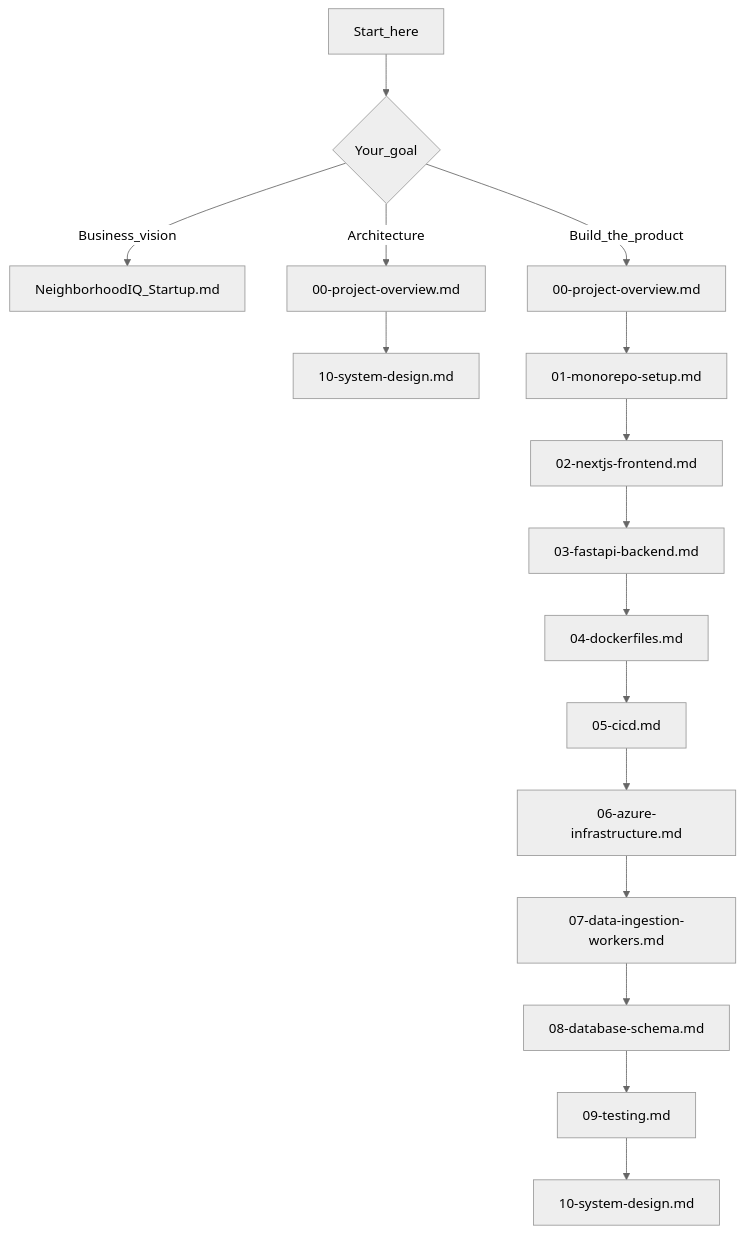
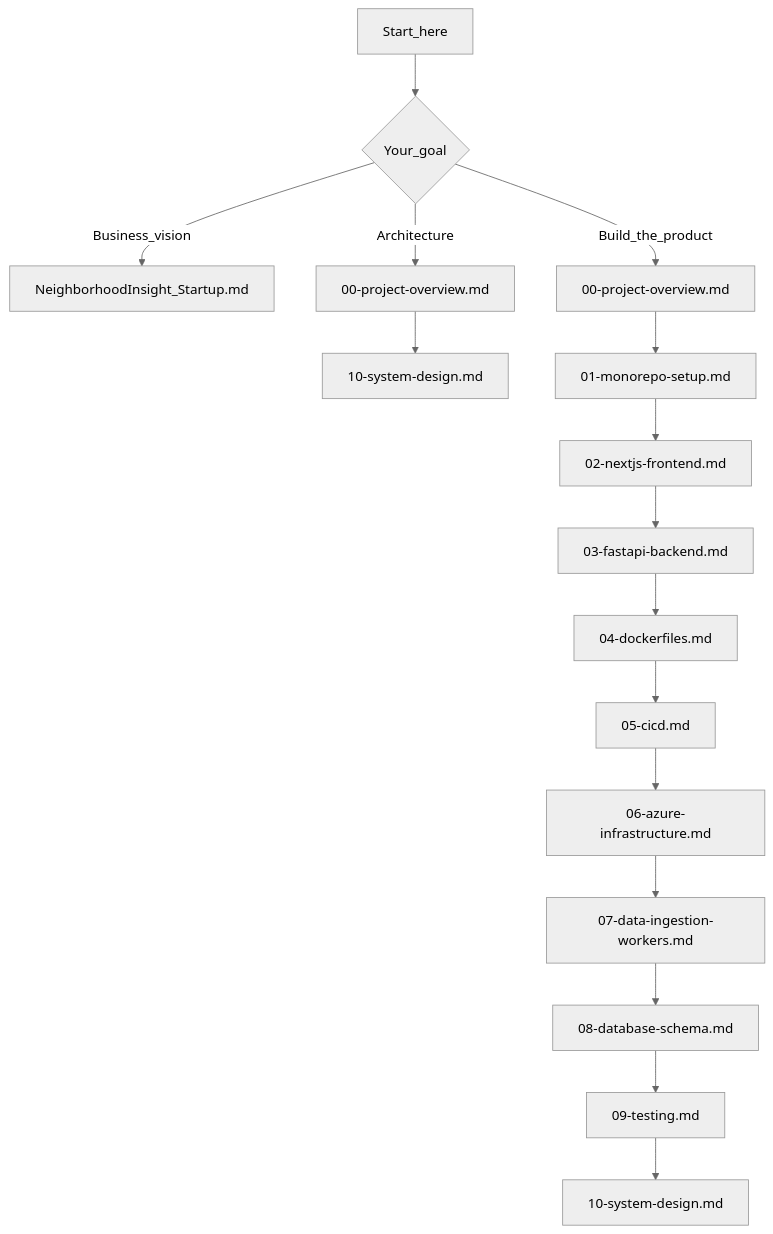
Before and after one commit to rubenmathew24/nhiq-mono: the diagram in docs/nhiq-design-main/README.md, drawn with Mermaid (neutral theme). The commit also changed other lines of this file and 42 other files, not shown here.

First line of the commit message:
chore(brand): rebrand to NeighborhoodInsight and restore web build cache

````diff
--- a/docs/nhiq-design-main/README.md
+++ b/docs/nhiq-design-main/README.md
@@ -35,18 +35,18 @@
 ```mermaid
 flowchart TD
     start[Start_here] --> audience{Your_goal}
-    audience -->|Business_vision| startup[NeighborhoodIQ_Startup.md]
+    audience -->|Business_vision| startup[NeighborhoodInsight_Startup.md]
     audience -->|Architecture| overview[00-project-overview.md]
     overview --> systemDesign[10-system-design.md]
     audience -->|Build_the_product| overview2[00-project-overview.md]
     overview2 --> monorepo[01-monorepo-setup.md]
     monorepo --> frontend[02-nextjs-frontend.md]
     frontend --> backend[03-fastapi-backend.md]
     backend --> docker[04-dockerfiles.md]
     docker --> cicd[05-cicd.md]
     cicd --> azure[06-azure-infrastructure.md]
     azure --> ingest[07-data-ingestion-workers.md]
     ingest --> db[08-database-schema.md]
     db --> testing[09-testing.md]
     testing --> systemDesign2[10-system-design.md]
 ```
````
